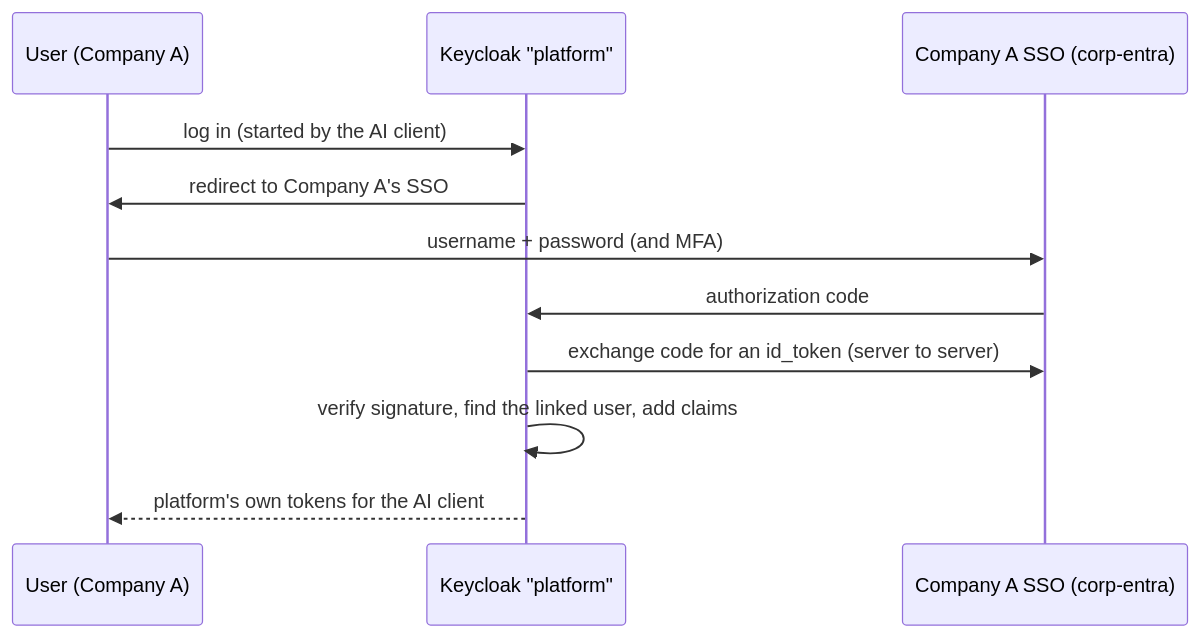
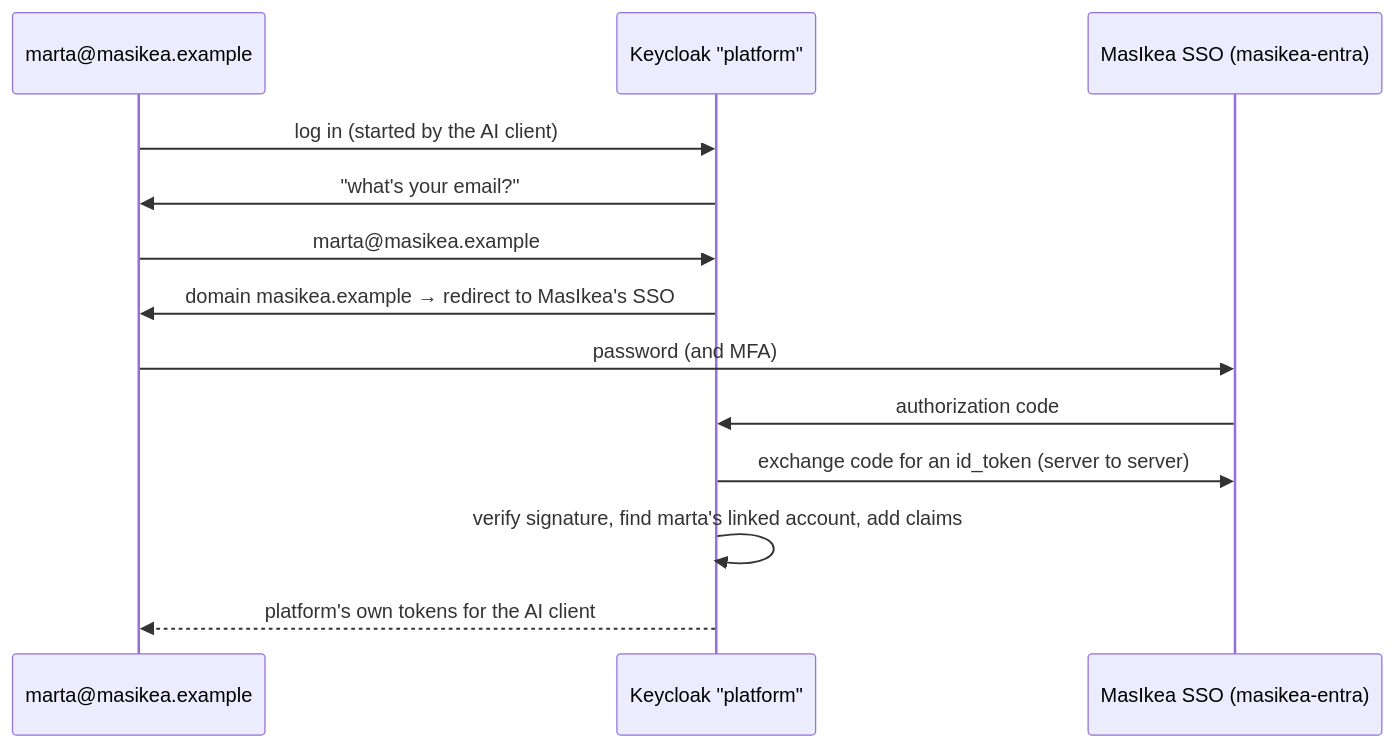
One commit to jricardooliveira/mcp-keycloak-apisix changed the fifth of 5 diagrams in README.md. Above: the diagram before and after it, drawn with Mermaid. The commit also changed other lines of this file and 15 other files, not shown here.

First line of the commit message:
CoreCenas, MasIkea and VodaFundas with one mock SSO per company

````diff
--- a/README.md
+++ b/README.md
@@ -759,13 +941,15 @@
 ```mermaid
 sequenceDiagram
-  participant U as User (Company A)
+  participant U as marta@masikea.example
   participant P as Keycloak "platform"
-  participant A as Company A SSO (corp-entra)
+  participant A as MasIkea SSO (masikea-entra)
   U->>P: log in (started by the AI client)
-  P->>U: redirect to Company A's SSO
-  U->>A: username + password (and MFA)
+  P->>U: "what's your email?"
+  U->>P: marta@masikea.example
+  P->>U: domain masikea.example → redirect to MasIkea's SSO
+  U->>A: password (and MFA)
   A->>P: authorization code
   P->>A: exchange code for an id_token (server to server)
-  P->>P: verify signature, find the linked user, add claims
+  P->>P: verify signature, find marta's linked account, add claims
   P-->>U: platform's own tokens for the AI client
 ```
````
